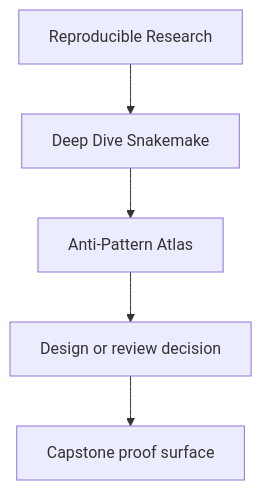
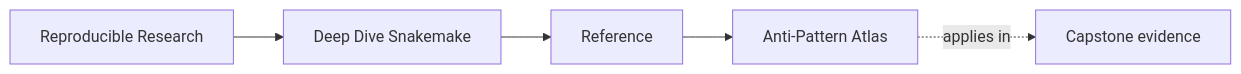
Before and after one commit to bijux/bijux-masterclass: the first of 2 diagrams in programs/reproducible-research/deep-dive-snakemake/course-book/reference/anti-pattern-atlas.md, drawn with Mermaid. The commit also changed other lines of this file and 149 other files, not shown here.

Commit message:
docs(deep-dive-snakemake): map workflow proof and operations surfaces

````diff
--- a/programs/reproducible-research/deep-dive-snakemake/course-book/reference/anti-pattern-atlas.md
+++ b/programs/reproducible-research/deep-dive-snakemake/course-book/reference/anti-pattern-atlas.md
@@ -6,7 +6,11 @@
 ```mermaid
-flowchart TD
-  family["Reproducible Research"] --> program["Deep Dive Snakemake"]
-  program --> reference["Anti-Pattern Atlas"]
-  reference --> review["Design or review decision"]
-  review --> capstone["Capstone proof surface"]
+graph LR
+  family["Reproducible Research"]
+  program["Deep Dive Snakemake"]
+  section["Reference"]
+  page["Anti-Pattern Atlas"]
+  capstone["Capstone evidence"]
+
+  family --> program --> section --> page
+  page -.applies in.-> capstone
 ```
````
